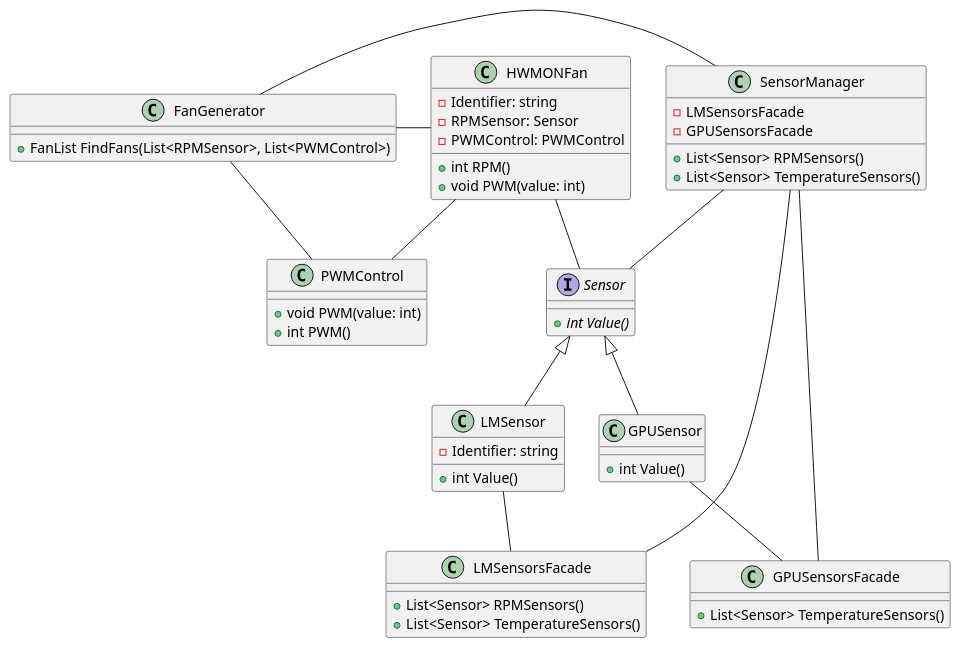
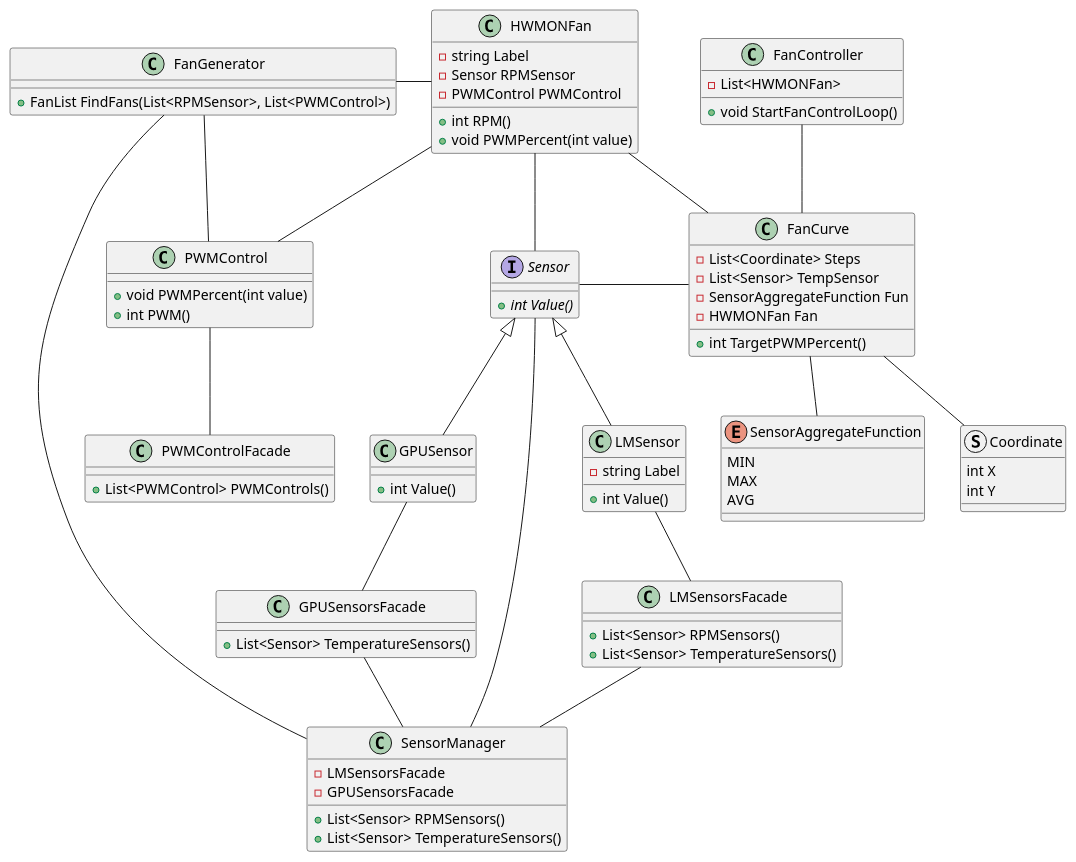
One commit to Tabascl/fantasize changed the diagram in doc/Class.plantuml. Above: the diagram before and after it, drawn with PlantUML. The commit also changed 4 other files, not shown here.

```diff
--- a/doc/Class.plantuml
+++ b/doc/Class.plantuml
@@ -1,71 +1,114 @@
 @startuml
 interface Sensor {
         + {abstract} int Value()
 }
 
 class LMSensor {
-        - Identifier: string
+        - string Label
 
         + int Value()
 }
 
 class GPUSensor {
         + int Value()
 }
 
 class HWMONFan {
-        - Identifier: string
-        - RPMSensor: Sensor
-        - PWMControl: PWMControl
+        - string Label
+        - Sensor RPMSensor
+        - PWMControl PWMControl
 
         + int RPM()
-        + void PWM(value: int)
+        + void PWMPercent(int value)
 }
 
 class PWMControl {
-        + void PWM(value: int)
+        + void PWMPercent(int value)
         + int PWM()
+}
+
+class PWMControlFacade {
+        + List<PWMControl> PWMControls()
 }
 
 class LMSensorsFacade
 {
         + List<Sensor> RPMSensors()
         + List<Sensor> TemperatureSensors()
 }
 
 class GPUSensorsFacade
 {
         + List<Sensor> TemperatureSensors()
 }
 
 class SensorManager
 {
         - LMSensorsFacade
         - GPUSensorsFacade
 
         + List<Sensor> RPMSensors()
         + List<Sensor> TemperatureSensors()
 }
 
 class FanGenerator
 {
         + FanList FindFans(List<RPMSensor>, List<PWMControl>)
 }
 
+struct Coordinate
+{
+        int X
+        int Y
+}
+
+enum SensorAggregateFunction
+{
+        MIN
+        MAX
+        AVG
+}
+
+class FanCurve
+{
+        - List<Coordinate> Steps
+        - List<Sensor> TempSensor
+        - SensorAggregateFunction Fun
+        - HWMONFan Fan
+
+        + int TargetPWMPercent()
+}
+
+class FanController
+{
+        - List<HWMONFan>
+
+        + void StartFanControlLoop()
+}
+
 HWMONFan -- Sensor
 HWMONFan -- PWMControl
+HWMONFan - FanCurve
+
+PWMControl -- PWMControlFacade
 
 Sensor <|-- LMSensor
 Sensor <|-- GPUSensor
 
 SensorManager - Sensor
 
 LMSensor -- LMSensorsFacade
 GPUSensor -- GPUSensorsFacade
 LMSensorsFacade -- SensorManager
 GPUSensorsFacade -- SensorManager
 
 FanGenerator - HWMONFan
 FanGenerator - SensorManager
 FanGenerator - PWMControl
+
+Sensor - FanCurve
+FanCurve -- Coordinate
+FanCurve -- SensorAggregateFunction
+
+FanController -- FanCurve
 @enduml
```
